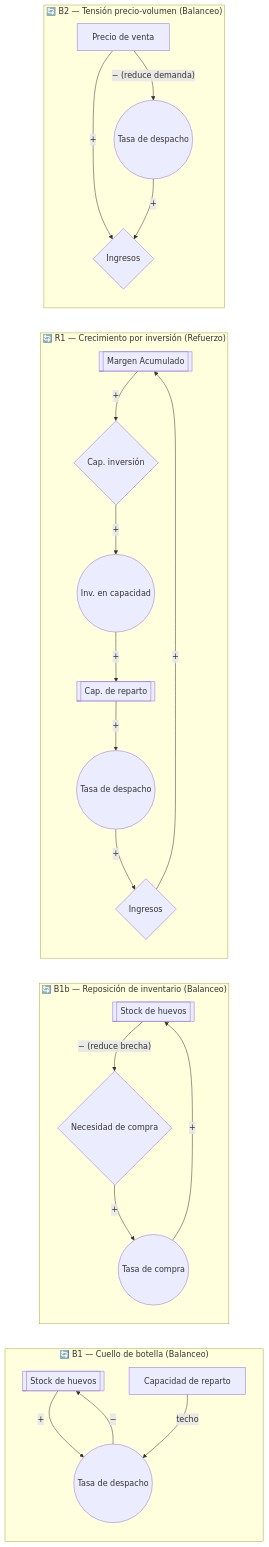
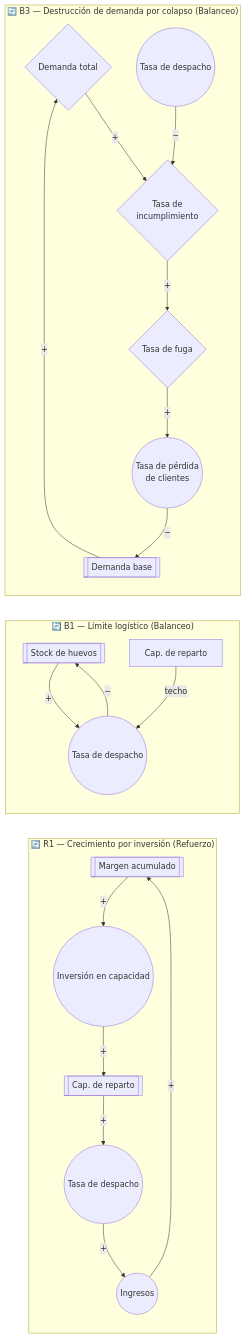
The second of 2 diagrams in docs/propuestas/carlos/modelo_forrester.md (perrosxdev/Teoria-de-sistemas), drawn with Mermaid before and after one commit. The commit also changed other lines of this file and 4 other files, not shown here.

````diff
--- a/docs/propuestas/carlos/modelo_forrester.md
+++ b/docs/propuestas/carlos/modelo_forrester.md
@@ -108,29 +95,25 @@
 ```mermaid
 flowchart LR
-    subgraph B1["🔄 B1 — Cuello de botella (Balanceo)"]
-        SHb[["Stock de huevos"]] -->|"+"| TDb(("Tasa de despacho"))
-        TDb -->|"−"| SHb
-        CRb["Capacidad de reparto"] -->|"techo"| TDb
+    subgraph R1["🔄 R1 — Crecimiento por inversión (Refuerzo)"]
+        MAr[["Margen acumulado"]] -->|+| ICr(("Inversión en capacidad"))
+        ICr -->|+| CRr[["Cap. de reparto"]]
+        CRr -->|+| TDr(("Tasa de despacho"))
+        TDr -->|+| IVr(("Ingresos"))
+        IVr -->|+| MAr
     end
 
-    subgraph B1b["🔄 B1b — Reposición de inventario (Balanceo)"]
-        SHr[["Stock de huevos"]] -->|"− (reduce brecha)"| NECr{"Necesidad de compra"}
-        NECr -->|"+"| TCr(("Tasa de compra"))
-        TCr -->|"+"| SHr
+    subgraph B1["🔄 B1 — Límite logístico (Balanceo)"]
+        SHb[["Stock de huevos"]] -->|+| TDb(("Tasa de despacho"))
+        TDb -->|−| SHb
+        CRb["Cap. de reparto"] -->|techo| TDb
     end
 
-    subgraph R1["🔄 R1 — Crecimiento por inversión (Refuerzo)"]
-        MAr[["Margen Acumulado"]] -->|"+"| CIr{"Cap. inversión"}
-        CIr -->|"+"| TINVr(("Inv. en capacidad"))
-        TINVr -->|"+"| CRr[["Cap. de reparto"]]
-        CRr -->|"+"| TDr(("Tasa de despacho"))
-        TDr -->|"+"| IVr{"Ingresos"}
-        IVr -->|"+"| MAr
-    end
-
-    subgraph B2["🔄 B2 — Tensión precio-volumen (Balanceo)"]
-        PVb["Precio de venta"] -->|"+"| IVb{"Ingresos"}
-        PVb -->|"− (reduce demanda)"| TDb2(("Tasa de despacho"))
-        TDb2 -->|"+"| IVb
+    subgraph B3["🔄 B3 — Destrucción de demanda por colapso (Balanceo)"]
+        DTb3{"Demanda total"} -->|+| TIb3{"Tasa de\nincumplimiento"}
+        TDb3(("Tasa de despacho")) -->|−| TIb3
+        TIb3 -->|+| TFb3{"Tasa de fuga"}
+        TFb3 -->|+| TPCb3(("Tasa de pérdida\nde clientes"))
+        TPCb3 -->|−| DBb3[["Demanda base"]]
+        DBb3 -->|+| DTb3
     end
 ```
````
